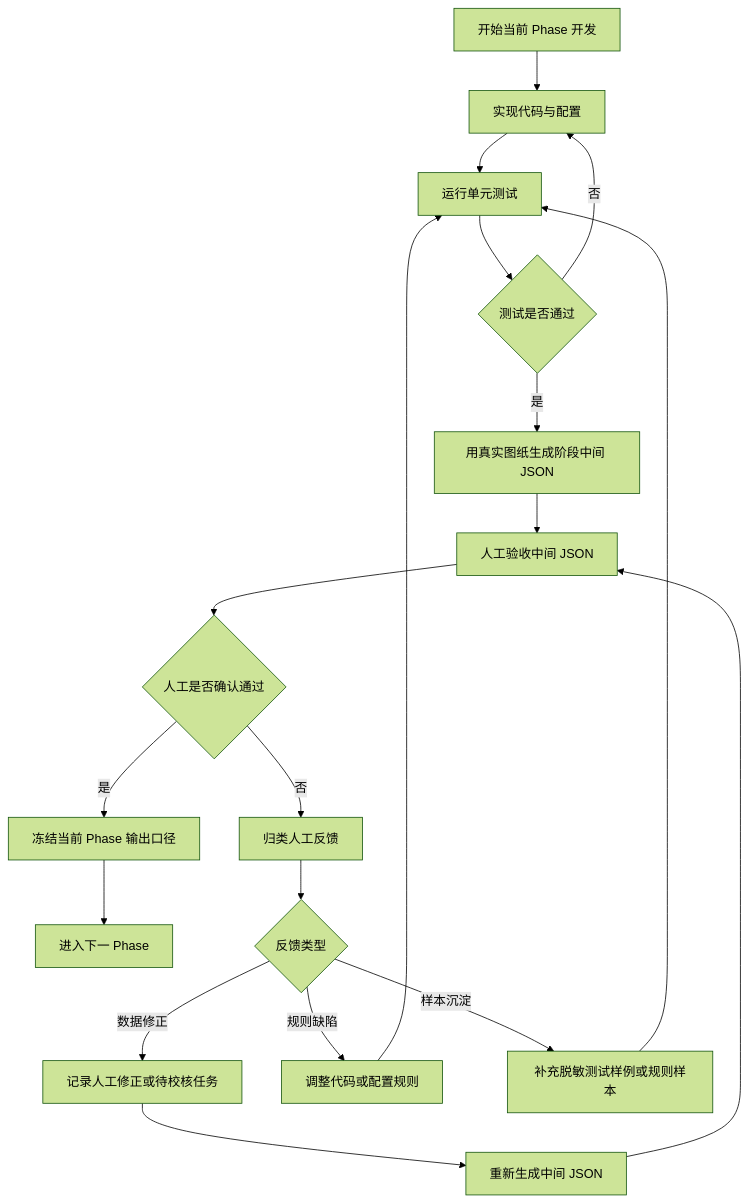
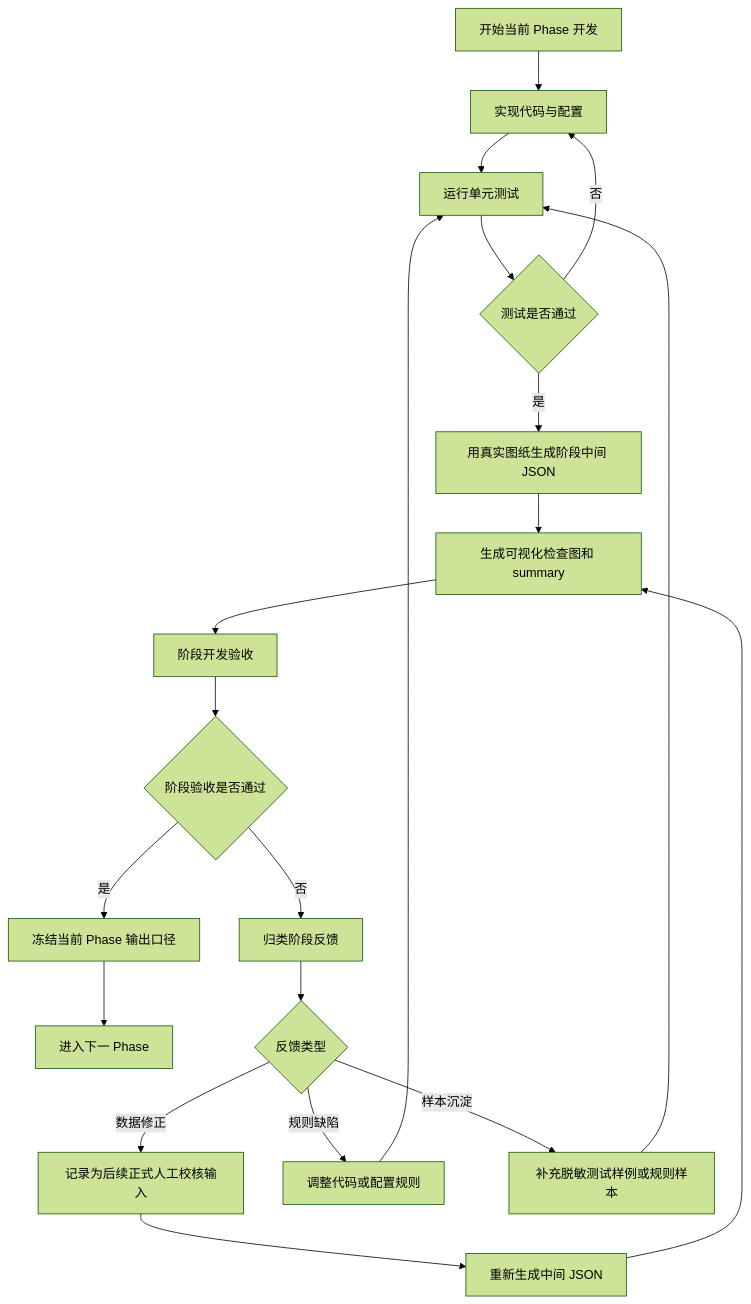
One commit to jackylx2008/RoomParser changed the first of 2 diagrams in PROJECT_BRIEF_building_room_extractor.md. Above: the diagram before and after it, drawn with Mermaid (forest theme). The commit also changed other lines of this file and 7 other files, not shown here.

````diff
--- a/PROJECT_BRIEF_building_room_extractor.md
+++ b/PROJECT_BRIEF_building_room_extractor.md
@@ -171,21 +183,22 @@
 ```mermaid
 flowchart TD
     A[开始当前 Phase 开发] --> B[实现代码与配置]
     B --> C[运行单元测试]
     C --> D{测试是否通过}
     D -- 否 --> B
     D -- 是 --> E[用真实图纸生成阶段中间 JSON]
-    E --> F[人工验收中间 JSON]
-    F --> G{人工是否确认通过}
-    G -- 是 --> H[冻结当前 Phase 输出口径]
-    H --> I[进入下一 Phase]
-    G -- 否 --> J[归类人工反馈]
-    J --> K{反馈类型}
-    K -- 数据修正 --> L[记录人工修正或待校核任务]
-    K -- 规则缺陷 --> M[调整代码或配置规则]
-    K -- 样本沉淀 --> N[补充脱敏测试样例或规则样本]
-    L --> O[重新生成中间 JSON]
-    M --> C
+    E --> F[生成可视化检查图和 summary]
+    F --> G[阶段开发验收]
+    G --> H{阶段验收是否通过}
+    H -- 是 --> I[冻结当前 Phase 输出口径]
+    I --> J[进入下一 Phase]
+    H -- 否 --> K[归类阶段反馈]
+    K --> L{反馈类型}
+    L -- 数据修正 --> M[记录为后续正式人工校核输入]
+    L -- 规则缺陷 --> N[调整代码或配置规则]
+    L -- 样本沉淀 --> O[补充脱敏测试样例或规则样本]
+    M --> P[重新生成中间 JSON]
     N --> C
-    O --> F
+    O --> C
+    P --> F
 ```
````
